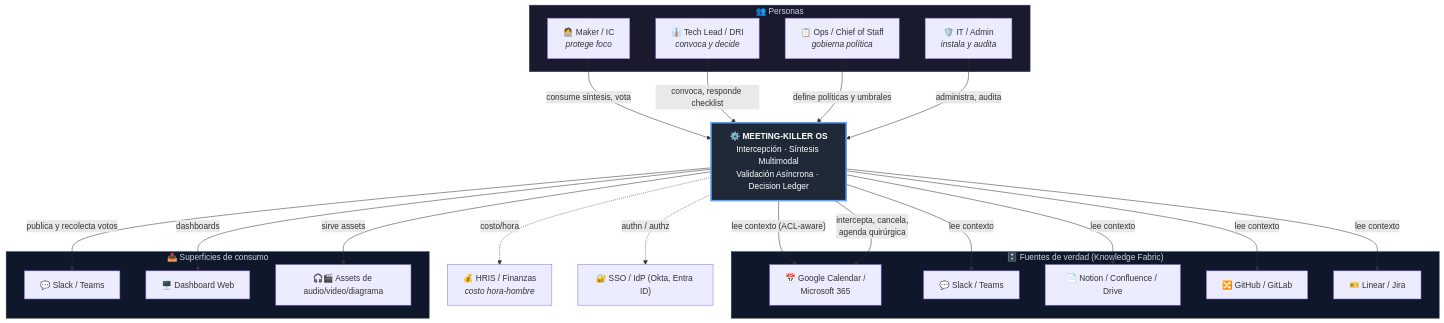
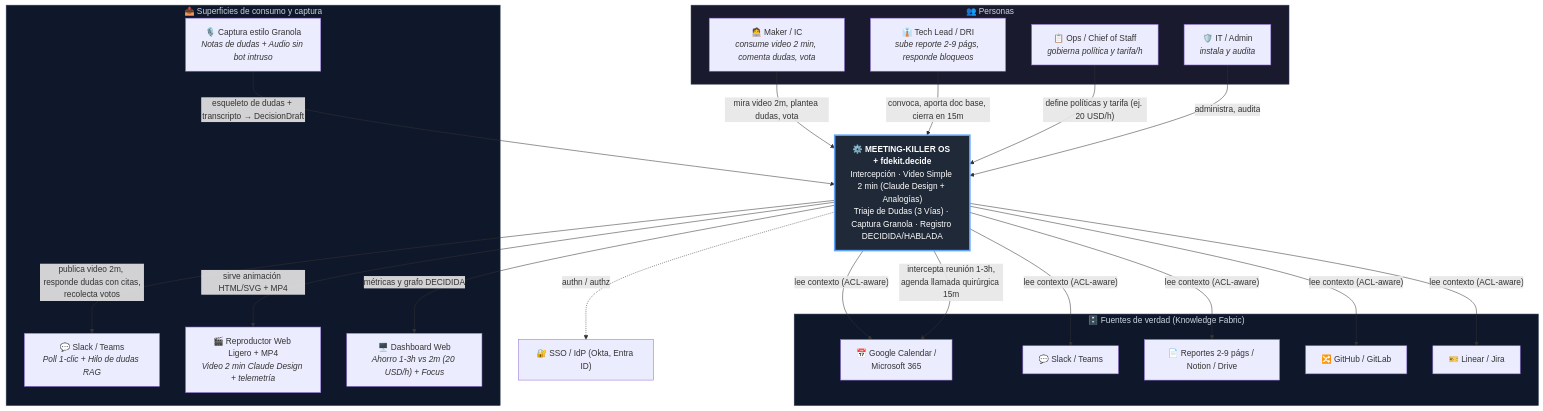
Before and after one commit to esstipi-debug/mellon: the first of 6 diagrams in docs/meeting-killer-os-arquitectura.md, drawn with Mermaid. The commit also changed other lines of this file, not shown here.

Commit message:
docs: actualizar diagramas C4, secuencia, maquina de estados y pseudocodigo con video simple 2m, triaje 3 vias y Granola + fdekit.decide

````diff
--- a/docs/meeting-killer-os-arquitectura.md
+++ b/docs/meeting-killer-os-arquitectura.md
@@ -112,52 +112,46 @@
 ```mermaid
 graph TB
     subgraph Personas["👥 Personas"]
-        IC["🧑‍💻 Maker / IC<br/><i>protege foco</i>"]
-        LEAD["👔 Tech Lead / DRI<br/><i>convoca y decide</i>"]
-        OPS["📋 Ops / Chief of Staff<br/><i>gobierna política</i>"]
+        IC["🧑‍💻 Maker / IC<br/><i>consume video 2 min, comenta dudas, vota</i>"]
+        LEAD["👔 Tech Lead / DRI<br/><i>sube reporte 2-9 págs, responde bloqueos</i>"]
+        OPS["📋 Ops / Chief of Staff<br/><i>gobierna política y tarifa/h</i>"]
         IT["🛡️ IT / Admin<br/><i>instala y audita</i>"]
     end
 
-    MKOS["⚙️ <b>MEETING-KILLER OS</b><br/>Intercepción · Síntesis Multimodal<br/>Validación Asíncrona · Decision Ledger"]
+    MKOS["⚙️ <b>MEETING-KILLER OS + fdekit.decide</b><br/>Intercepción · Video Simple 2 min (Claude Design + Analogías)<br/>Triaje de Dudas (3 Vías) · Captura Granola · Registro DECIDIDA/HABLADA"]
 
     subgraph Fuentes["🗄️ Fuentes de verdad (Knowledge Fabric)"]
         CAL["📅 Google Calendar /<br/>Microsoft 365"]
         CHAT["💬 Slack / Teams"]
-        DOCS["📄 Notion / Confluence / Drive"]
+        DOCS["📄 Reportes 2-9 págs / Notion / Drive"]
         CODE["🔀 GitHub / GitLab"]
         TICK["🎫 Linear / Jira"]
     end
 
-    subgraph Salidas["📤 Superficies de consumo"]
-        SLACK["💬 Slack / Teams"]
-        WEB["🖥️ Dashboard Web"]
-        MEDIA["🎧🎬 Assets de audio/video/diagrama"]
+    subgraph Salidas["📤 Superficies de consumo y captura"]
+        SLACK["💬 Slack / Teams<br/><i>Poll 1-clic + Hilo de dudas RAG</i>"]
+        PLAYER["🎬 Reproductor Web Ligero + MP4<br/><i>Video 2 min Claude Design + telemetría</i>"]
+        GRANOLA["🎙️ Captura estilo Granola<br/><i>Notas de dudas + Audio sin bot intruso</i>"]
+        WEB["🖥️ Dashboard Web<br/><i>Ahorro 1-3h vs 2m (20 USD/h) + Focus</i>"]
     end
 
-    HR["💰 HRIS / Finanzas<br/><i>costo hora-hombre</i>"]
     IDP["🔐 SSO / IdP (Okta, Entra ID)"]
 
-    IC -->|"consume síntesis, vota"| MKOS
-    LEAD -->|"convoca, responde checklist"| MKOS
-    OPS -->|"define políticas y umbrales"| MKOS
+    IC -->|"mira video 2m, plantea dudas, vota"| MKOS
+    LEAD -->|"convoca, aporta doc base, cierra en 15m"| MKOS
+    OPS -->|"define políticas y tarifa (ej. 20 USD/h)"| MKOS
     IT -->|"administra, audita"| MKOS
 
-    MKOS -->|"lee contexto (ACL-aware)"| CAL
-    MKOS -->|"lee contexto"| CHAT
-    MKOS -->|"lee contexto"| DOCS
-    MKOS -->|"lee contexto"| CODE
-    MKOS -->|"lee contexto"| TICK
-
-    MKOS -->|"intercepta, cancela,<br/>agenda quirúrgica"| CAL
-    MKOS -->|"publica y recolecta votos"| SLACK
-    MKOS -->|"sirve assets"| MEDIA
-    MKOS -->|"dashboards"| WEB
-
-    MKOS -.->|"costo/hora"| HR
+    MKOS -->|"lee contexto (ACL-aware)"| CAL & CHAT & DOCS & CODE & TICK
+    MKOS -->|"intercepta reunión 1-3h,<br/>agenda llamada quirúrgica 15m"| CAL
+    MKOS -->|"publica video 2m, responde dudas con citas,<br/>recolecta votos"| SLACK
+    MKOS -->|"sirve animación HTML/SVG + MP4"| PLAYER
+    GRANOLA -->|"esqueleto de dudas + transcripto → DecisionDraft"| MKOS
+    MKOS -->|"métricas y grafo DECIDIDA"| WEB
     MKOS -.->|"authn / authz"| IDP
 
     style MKOS fill:#1f2937,stroke:#60a5fa,stroke-width:3px,color:#fff
     style Fuentes fill:#0f172a,stroke:#334155,color:#cbd5e1
     style Salidas fill:#0f172a,stroke:#334155,color:#cbd5e1
     style Personas fill:#1a1a2e,stroke:#334155,color:#cbd5e1
 ```
````
